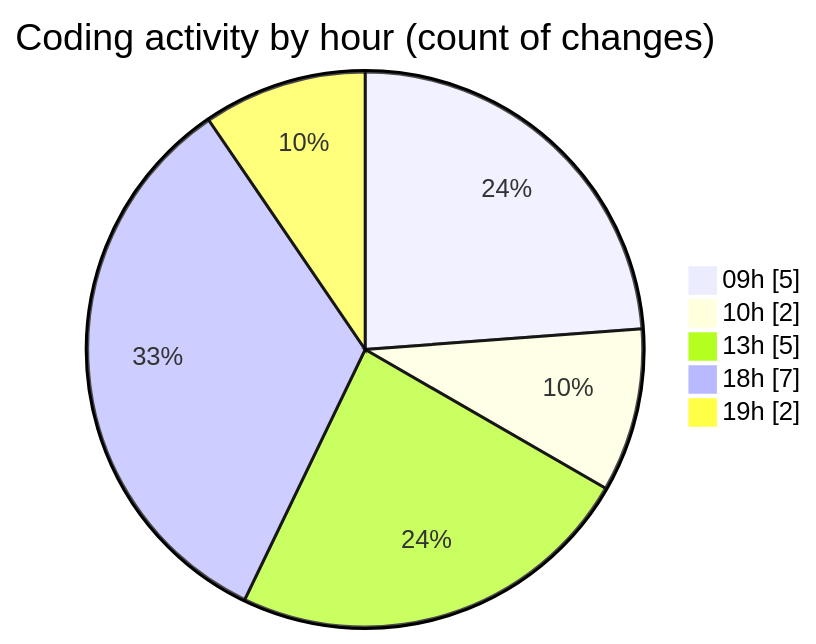
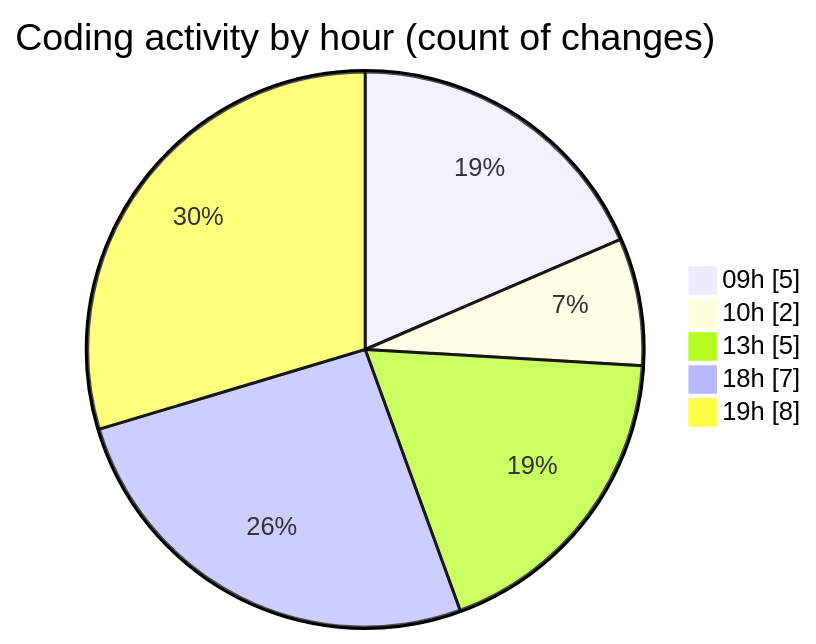
The second of 2 diagrams in 2025-08-10/fish/README.md (EIIisD/code-tracking), drawn with Mermaid before and after one commit. The commit also changed other lines of this file and 1 other file, not shown here.

````diff
--- a/2025-08-10/fish/README.md
+++ b/2025-08-10/fish/README.md
@@ -31,9 +31,9 @@
 ```mermaid
 pie showData
 title Coding activity by hour (count of changes)
 "09h" : 5
 "10h" : 2
 "13h" : 5
 "18h" : 7
-"19h" : 2
+"19h" : 8
 ```
````
